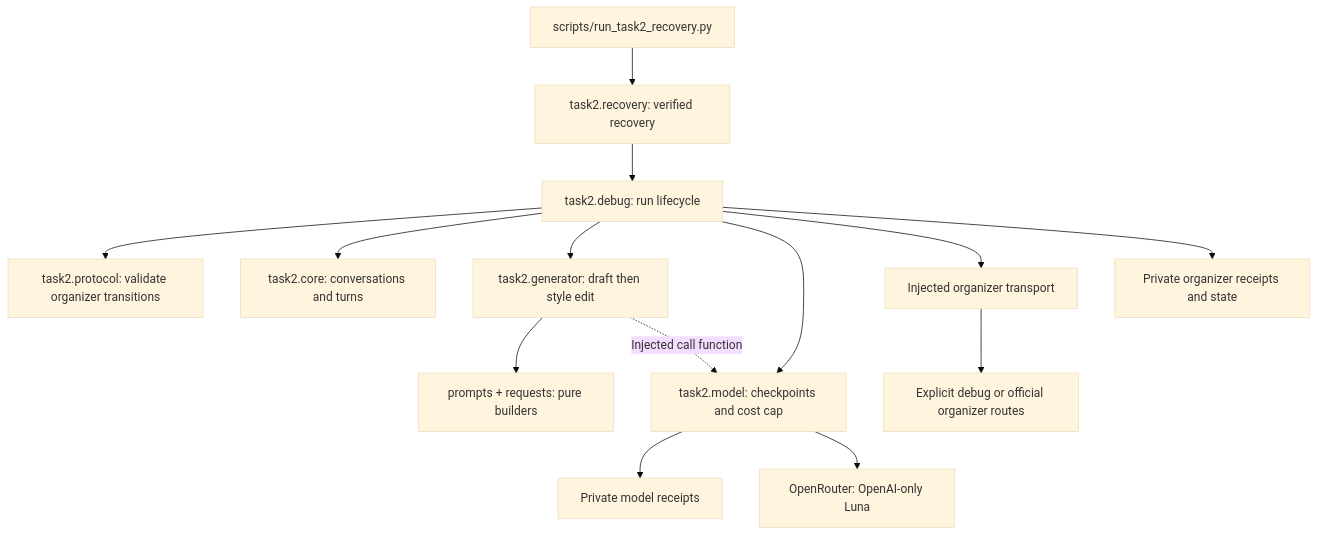
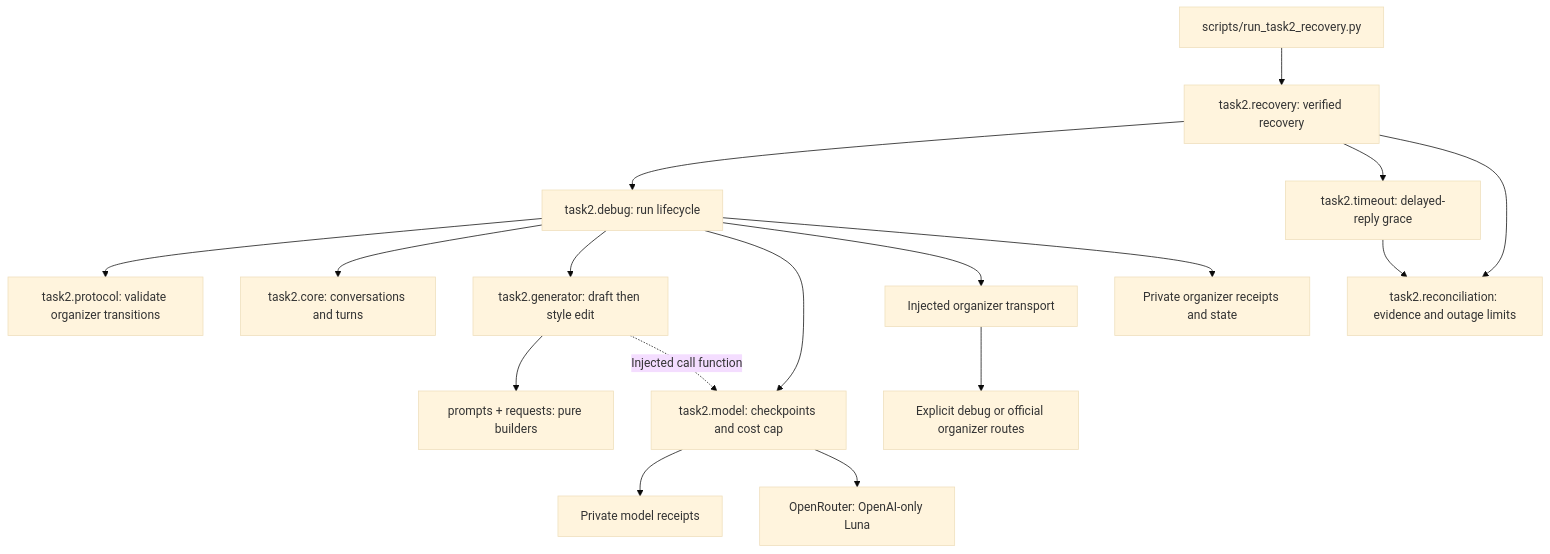
One commit to npatta01/trec-usersim-2026 changed the third of 4 diagrams in docs/task2_architecture.md. Above: the diagram before and after it, drawn with Mermaid (base theme). The commit also changed other lines of this file and 9 other files, not shown here.

````diff
--- a/docs/task2_architecture.md
+++ b/docs/task2_architecture.md
@@ -101,16 +107,19 @@
 ```mermaid
 flowchart TD
     CLI[scripts/run_task2_recovery.py] --> W[task2.recovery: verified recovery]
     W --> R[task2.debug: run lifecycle]
+    W --> X[task2.timeout: delayed-reply grace]
+    W --> Q[task2.reconciliation: evidence and outage limits]
+    X --> Q
     R --> V[task2.protocol: validate organizer transitions]
     R --> C[task2.core: conversations and turns]
     R --> G[task2.generator: draft then style edit]
     G --> P[prompts + requests: pure builders]
     R --> K[task2.model: checkpoints and cost cap]
     G -. Injected call function .-> K
     K --> MC[Private model receipts]
     K --> O[OpenRouter: OpenAI-only Luna]
     R --> T[Injected organizer transport]
     T --> A[Explicit debug or official organizer routes]
     R --> S[Private organizer receipts and state]
 ```
````
